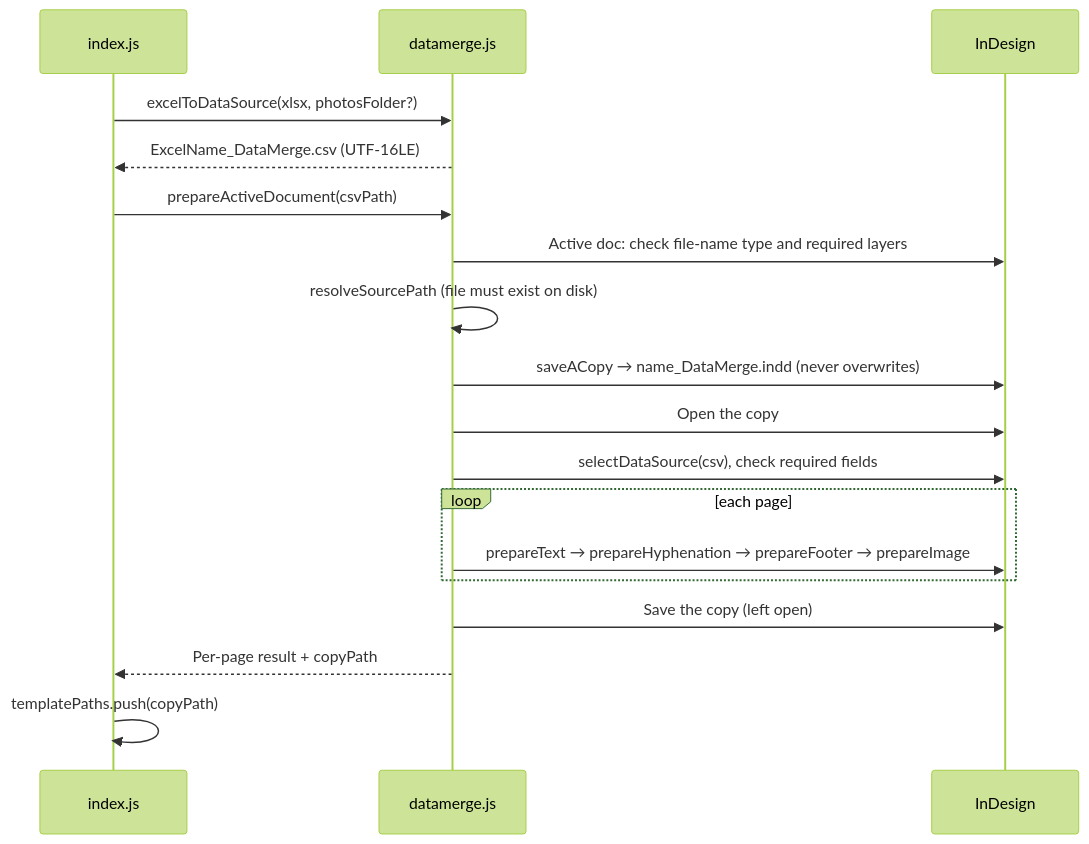
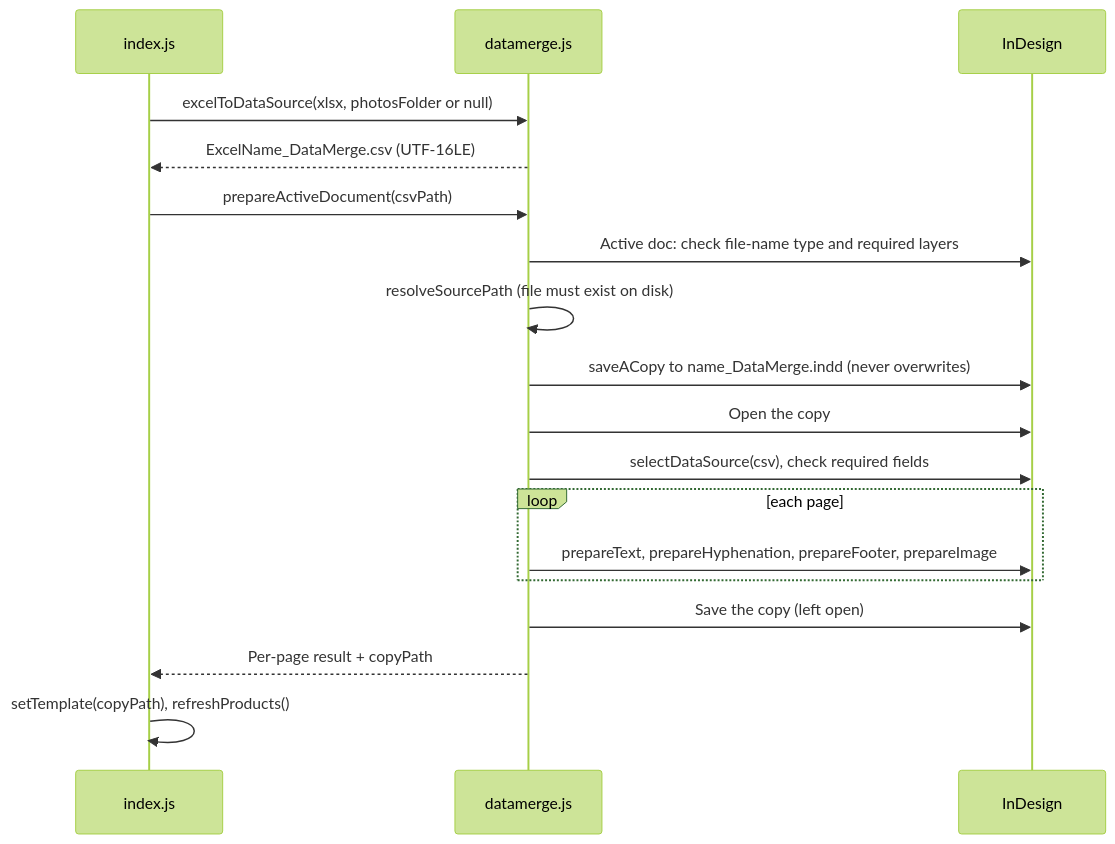
The fourth of 7 diagrams in docs/ARCHITECTURE.md (br0cc0lili/Territory_InDesign_Capsule), drawn with Mermaid (forest theme) before and after one commit. The commit also changed other lines of this file, not shown here.

````diff
--- a/docs/ARCHITECTURE.md
+++ b/docs/ARCHITECTURE.md
@@ -259,21 +381,21 @@
 ```mermaid
 sequenceDiagram
     participant UI as index.js
     participant DM as datamerge.js
     participant ID as InDesign
 
-    UI->>DM: excelToDataSource(xlsx, photosFolder?)
+    UI->>DM: excelToDataSource(xlsx, photosFolder or null)
     DM-->>UI: ExcelName_DataMerge.csv (UTF-16LE)
     UI->>DM: prepareActiveDocument(csvPath)
     DM->>ID: Active doc: check file-name type and required layers
     DM->>DM: resolveSourcePath (file must exist on disk)
-    DM->>ID: saveACopy → name_DataMerge.indd (never overwrites)
+    DM->>ID: saveACopy to name_DataMerge.indd (never overwrites)
     DM->>ID: Open the copy
     DM->>ID: selectDataSource(csv), check required fields
     loop each page
-        DM->>ID: prepareText → prepareHyphenation → prepareFooter → prepareImage
+        DM->>ID: prepareText, prepareHyphenation, prepareFooter, prepareImage
     end
     DM->>ID: Save the copy (left open)
     DM-->>UI: Per-page result + copyPath
-    UI->>UI: templatePaths.push(copyPath)
+    UI->>UI: setTemplate(copyPath), refreshProducts()
 ```
````
